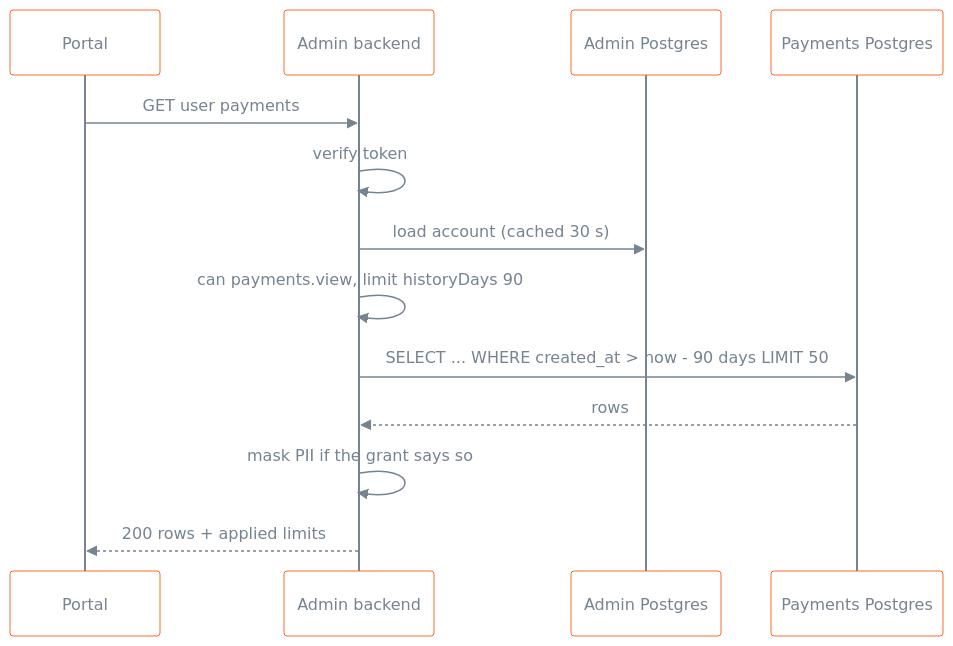
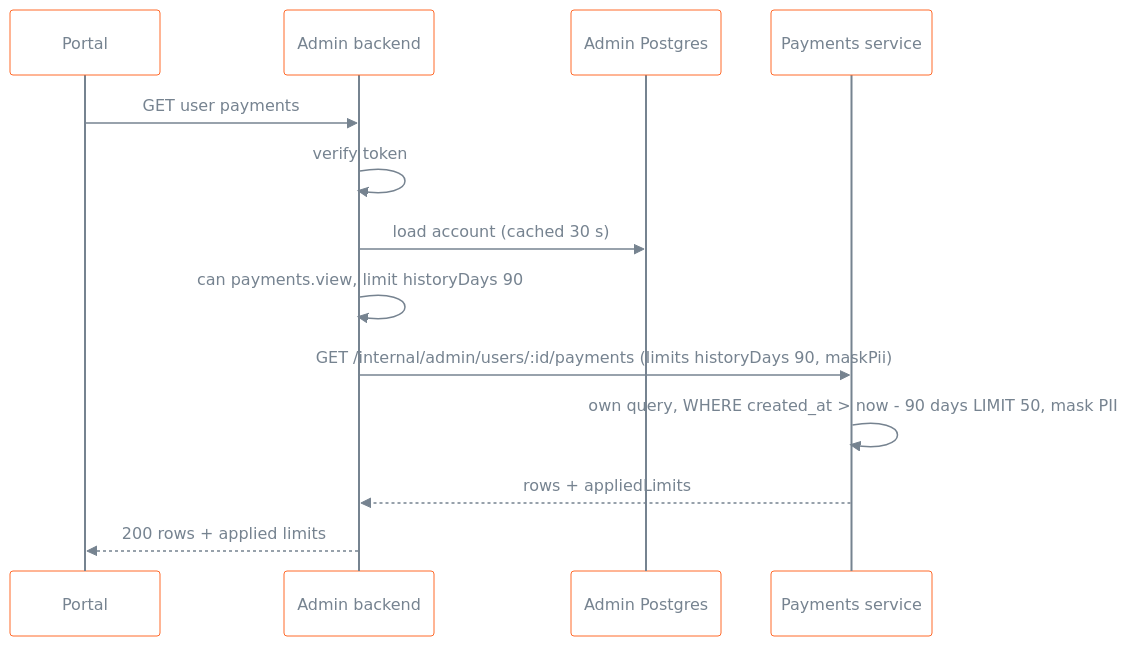
The seventh of 10 diagrams in docs/plans/admin-platform-hld.md (Sahil-coder-30/Capstone), drawn with Mermaid before and after one commit. The commit also changed other lines of this file and 12 other files, not shown here.

````diff
--- a/docs/plans/admin-platform-hld.md
+++ b/docs/plans/admin-platform-hld.md
@@ -222,17 +265,17 @@
 ```mermaid
 %%{init: {"theme":"base","themeVariables":{"background":"transparent","actorBkg":"transparent","actorBorder":"#FF6A2B","actorTextColor":"#768390","actorLineColor":"#768390","signalColor":"#768390","signalTextColor":"#768390","labelBoxBkgColor":"transparent","labelBoxBorderColor":"#768390","labelTextColor":"#768390","loopTextColor":"#768390","noteBkgColor":"transparent","noteBorderColor":"#768390","noteTextColor":"#768390","activationBkgColor":"transparent","activationBorderColor":"#768390","textColor":"#768390"}}}%%
 sequenceDiagram
     participant P as Portal
     participant AB as Admin backend
     participant ADB as Admin Postgres
-    participant PG as Payments Postgres
+    participant PS as Payments service
 
     P->>AB: GET user payments
     AB->>AB: verify token
     AB->>ADB: load account (cached 30 s)
     AB->>AB: can payments.view, limit historyDays 90
-    AB->>PG: SELECT ... WHERE created_at > now - 90 days LIMIT 50
-    PG-->>AB: rows
-    AB->>AB: mask PII if the grant says so
+    AB->>PS: GET /internal/admin/users/:id/payments (limits historyDays 90, maskPii)
+    PS->>PS: own query, WHERE created_at > now - 90 days LIMIT 50, mask PII
+    PS-->>AB: rows + appliedLimits
     AB-->>P: 200 rows + applied limits
 ```
````
